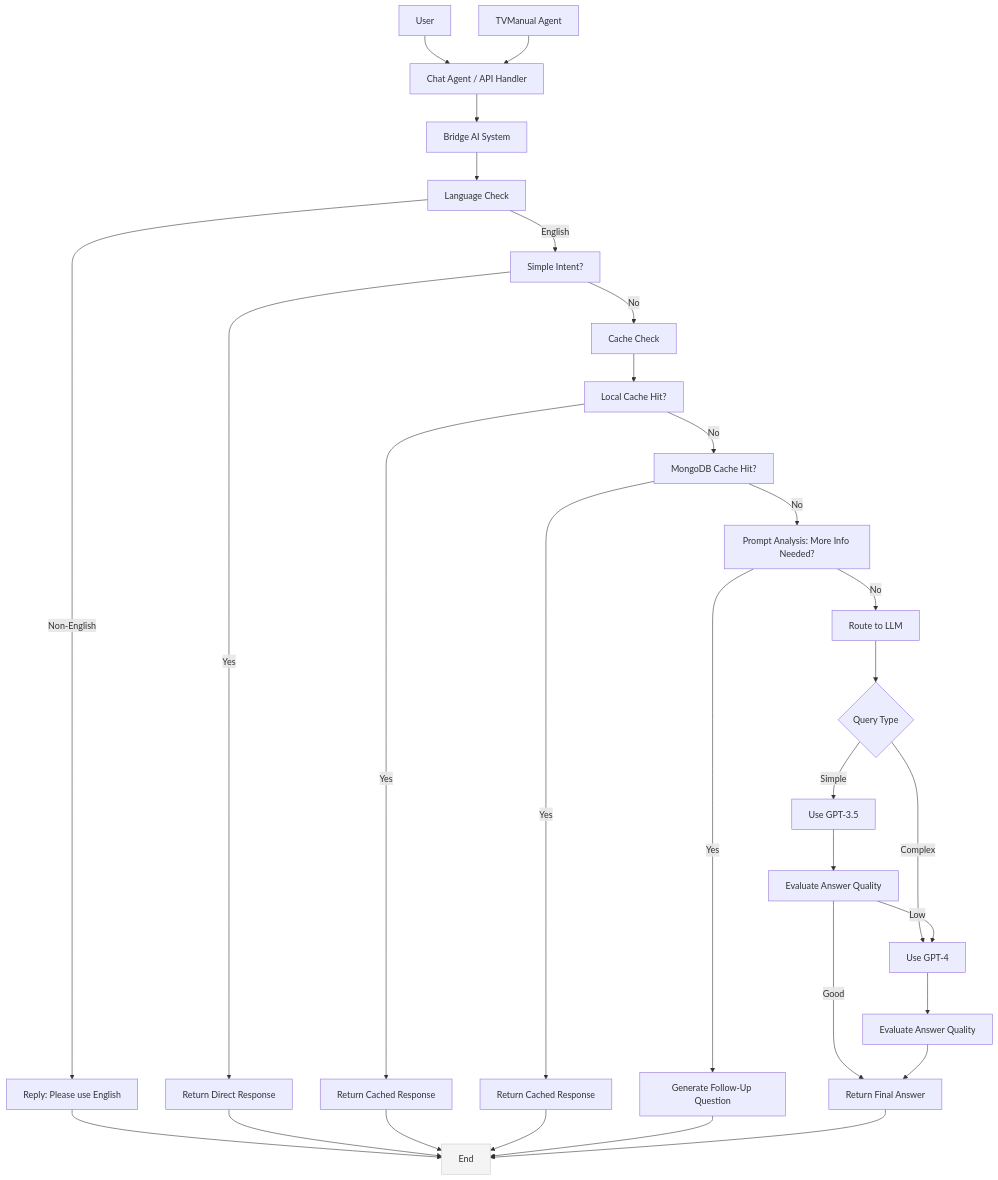
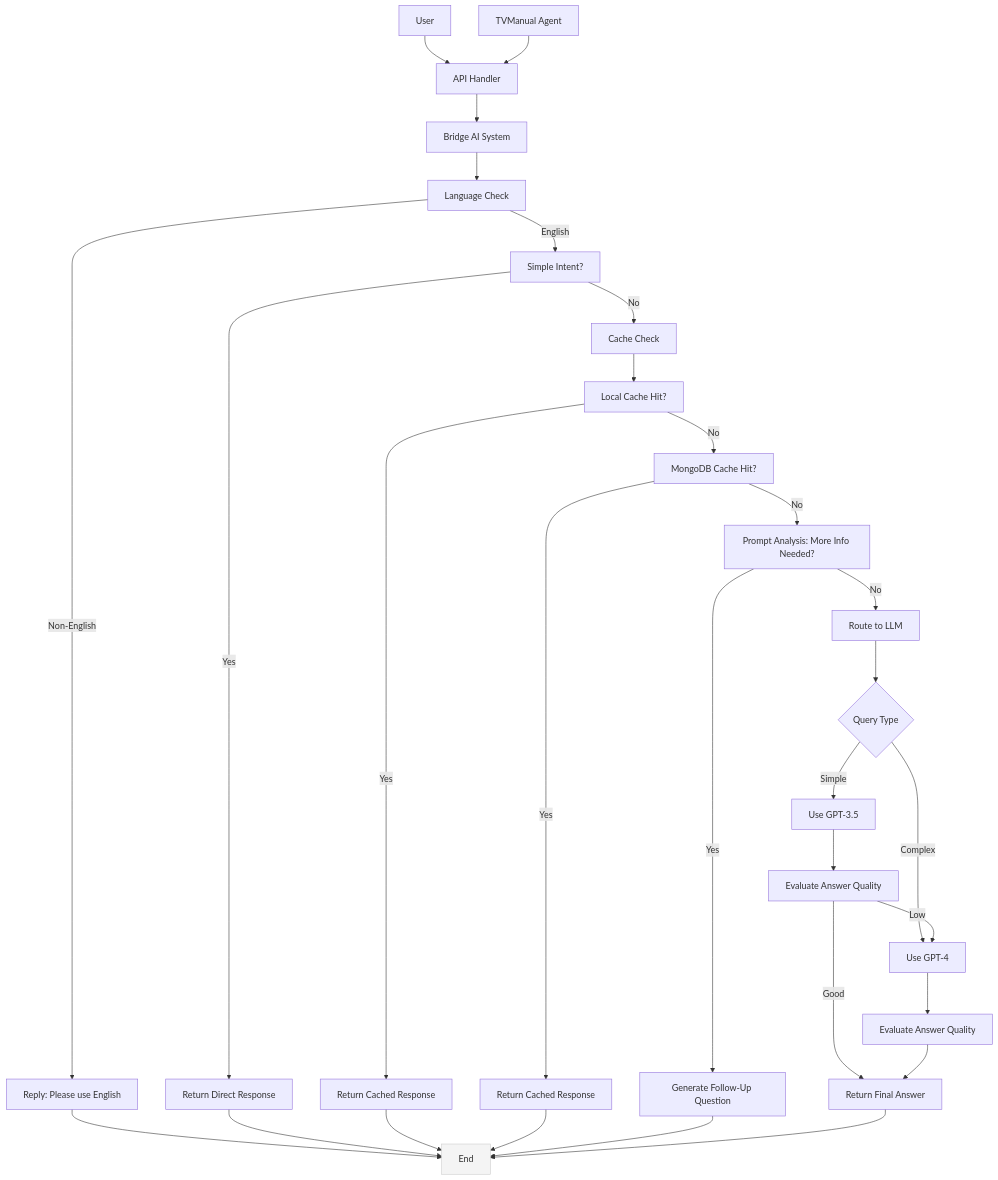
One commit to yana-g/bridge-ai changed the diagram in llm_bridge/README.md. Above: the diagram before and after it, drawn with Mermaid. The commit also changed other lines of this file, not shown here.

Commit message:
Update llm_bridge README

````diff
--- a/llm_bridge/README.md
+++ b/llm_bridge/README.md
@@ -42,45 +42,45 @@
 ```mermaid
 flowchart TD
     A1[User]
     A2[TVManual Agent]
 
     A1 --> B[Chat Agent / API Handler]
-    A2 --> B
+    A2 --> B[API Handler]
 
     B --> C[Bridge AI System]
 
     C --> D[Language Check]
     D -->|Non-English| D1[Reply: Please use English]
     D -->|English| E[Simple Intent?]
     E -->|Yes| E1[Return Direct Response]
     E -->|No| F[Cache Check]
 
     F --> F1[Local Cache Hit?]
     F1 -->|Yes| F2[Return Cached Response]
     F1 -->|No| F3[MongoDB Cache Hit?]
     F3 -->|Yes| F4[Return Cached Response]
     F3 -->|No| G[Prompt Analysis: More Info Needed?]
 
     G -->|Yes| G1[Generate Follow-Up Question]
     G -->|No| H[Route to LLM]
 
     H --> H1{Query Type}
     H1 -->|Simple| I[Use GPT-3.5]
     H1 -->|Complex| J[Use GPT-4]
 
     I --> I1[Evaluate Answer Quality]
     I1 -->|Low| J
     I1 -->|Good| K[Return Final Answer]
 
     J --> J1[Evaluate Answer Quality]
     J1 --> K
 
     D1 --> Z[End]
     E1 --> Z
     F2 --> Z
     F4 --> Z
     G1 --> Z
     K --> Z
 
     style Z fill:#f4f4f4,stroke:#ccc
 ```
````
